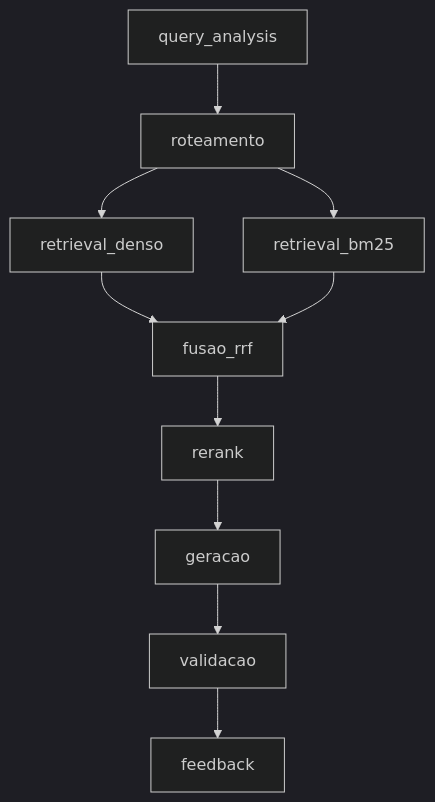
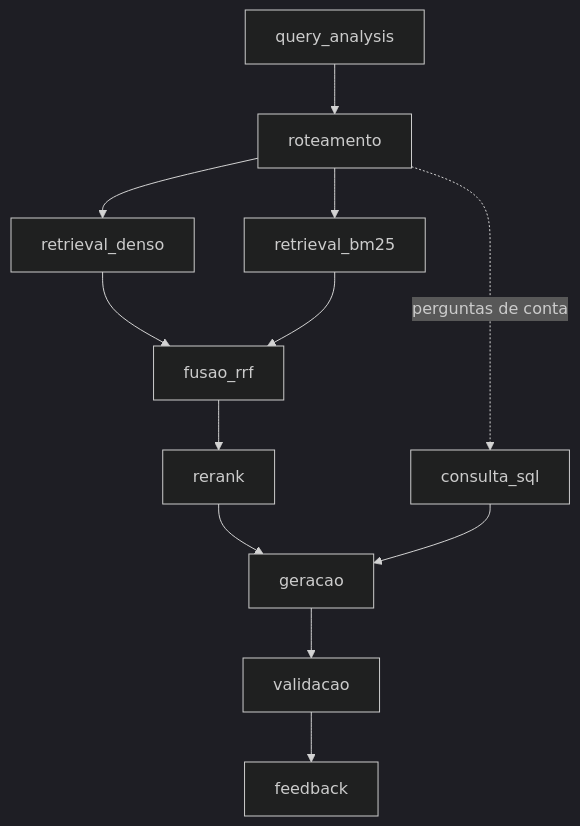
The diagram in README.md (Diogooliveira10/rag-grande-desafio-grupo04-cenario01), drawn with Mermaid (dark theme) before and after one commit. The commit also changed other lines of this file and 11 other files, not shown here.

````diff
--- a/README.md
+++ b/README.md
@@ -74,12 +74,14 @@
 ```mermaid
 flowchart TD
     A[query_analysis] --> B[roteamento]
     B --> C[retrieval_denso]
     B --> D[retrieval_bm25]
     C --> E[fusao_rrf]
     D --> E
     E --> F[rerank]
     F --> G[geracao]
     G --> H[validacao]
     H --> I[feedback]
+    B -. perguntas de conta .-> S[consulta_sql]
+    S --> G
 ```
````
